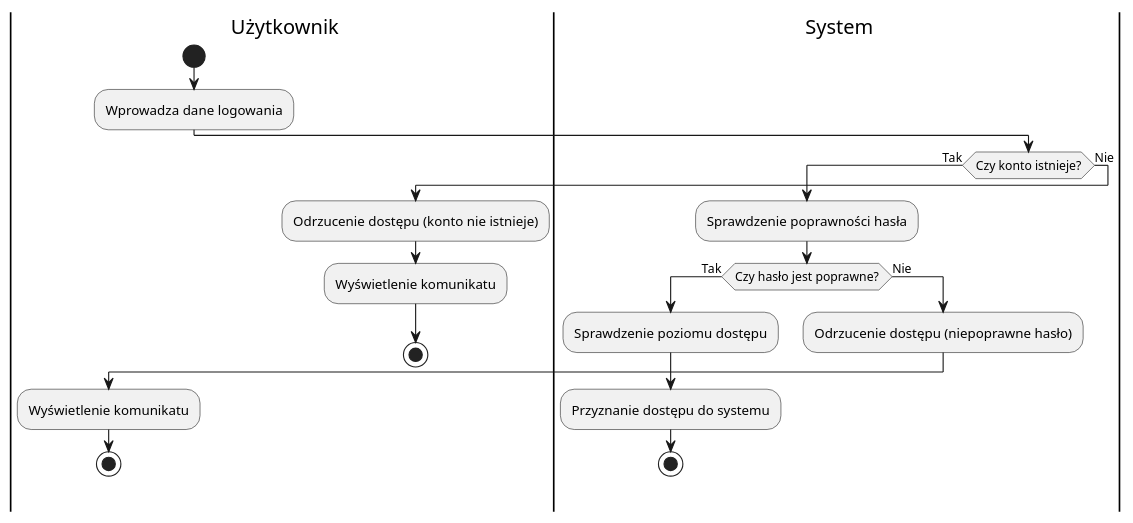
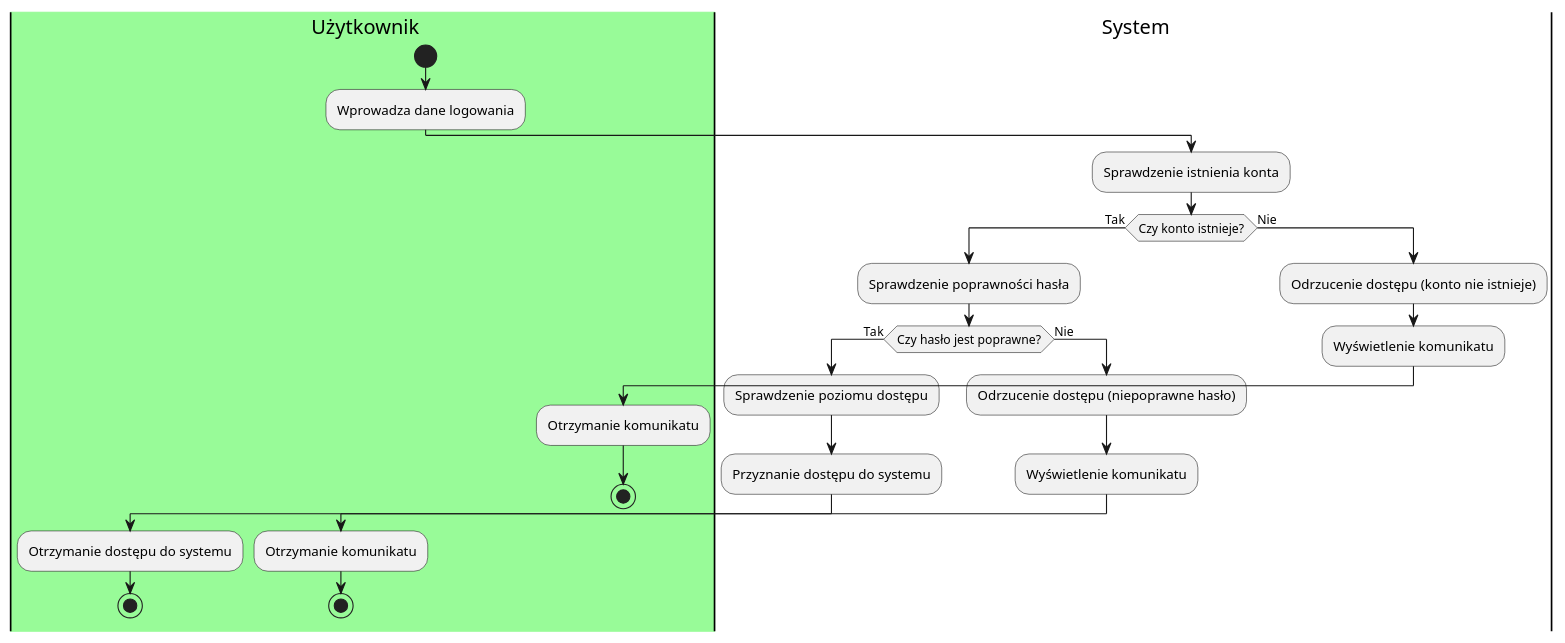
Before and after one commit to aleksanderpiluk/IWO: the diagram in dokumentacja/specyfikacja.wymagan/2.opis.biznesu/procesy.biznesowe/procesy/PB0005.puml, drawn with PlantUML.

```diff
--- a/dokumentacja/specyfikacja.wymagan/2.opis.biznesu/procesy.biznesowe/procesy/PB0005.puml
+++ b/dokumentacja/specyfikacja.wymagan/2.opis.biznesu/procesy.biznesowe/procesy/PB0005.puml
@@ -1,25 +1,36 @@
 @startuml
-|u| Użytkownik
+|#palegreen|u| Użytkownik
 start
 :Wprowadza dane logowania;
 
 |s| System
+:Sprawdzenie istnienia konta;
 if (Czy konto istnieje?) then (Tak)
   :Sprawdzenie poprawności hasła;
   if (Czy hasło jest poprawne?) then (Tak)
     :Sprawdzenie poziomu dostępu;
     :Przyznanie dostępu do systemu;
+|u| Użytkownik
+    :Otrzymanie dostępu do systemu;
     stop
+ |s| System
   else (Nie)
+ 
     :Odrzucenie dostępu (niepoprawne hasło);
-    |u| Użytkownik
+     
+      
     :Wyświetlenie komunikatu;
+ |u| Użytkownik
+  :Otrzymanie komunikatu;
     stop
+|s| System
   endif
 else (Nie)
   :Odrzucenie dostępu (konto nie istnieje);
+   
+  :Wyświetlenie komunikatu;
   |u| Użytkownik
-  :Wyświetlenie komunikatu;
+  :Otrzymanie komunikatu;
   stop
 endif
 @enduml
```
